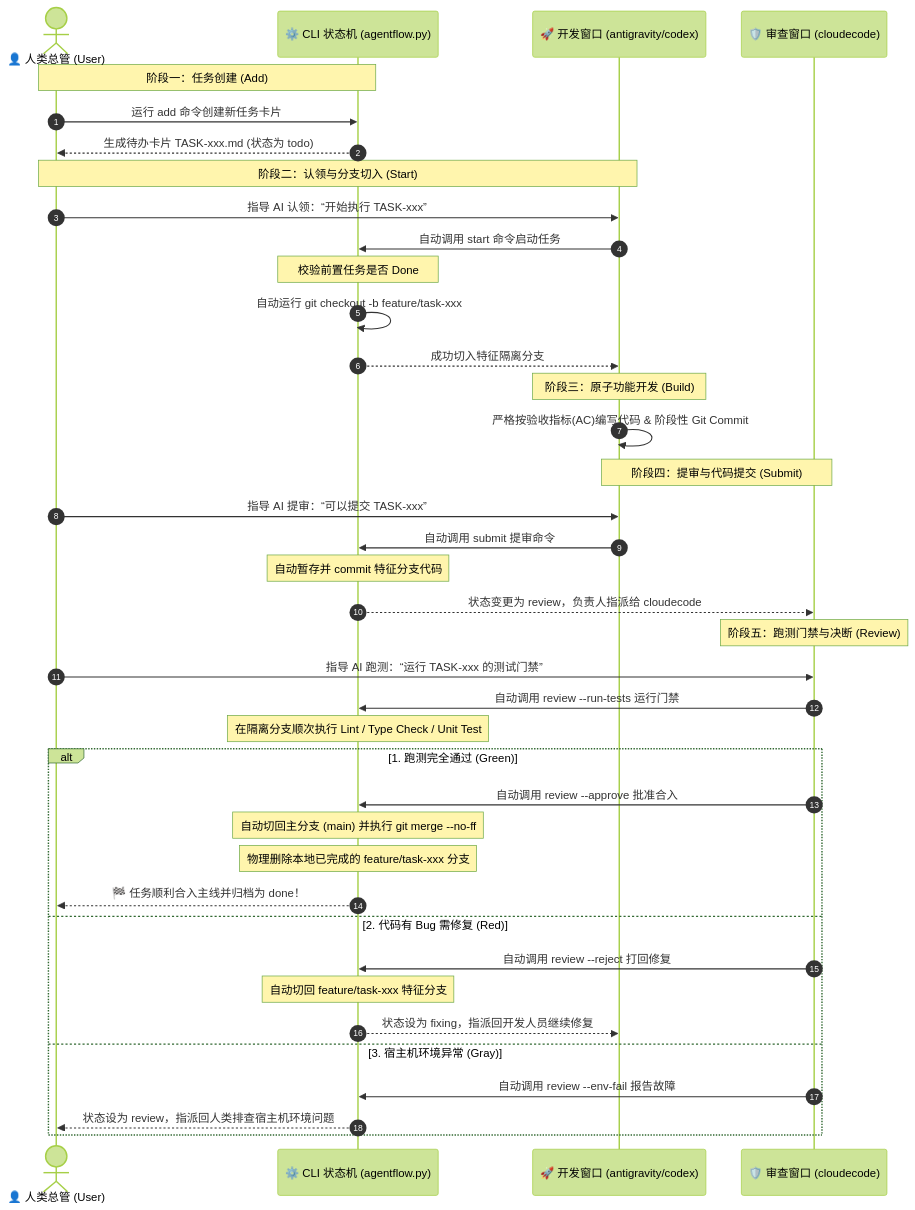
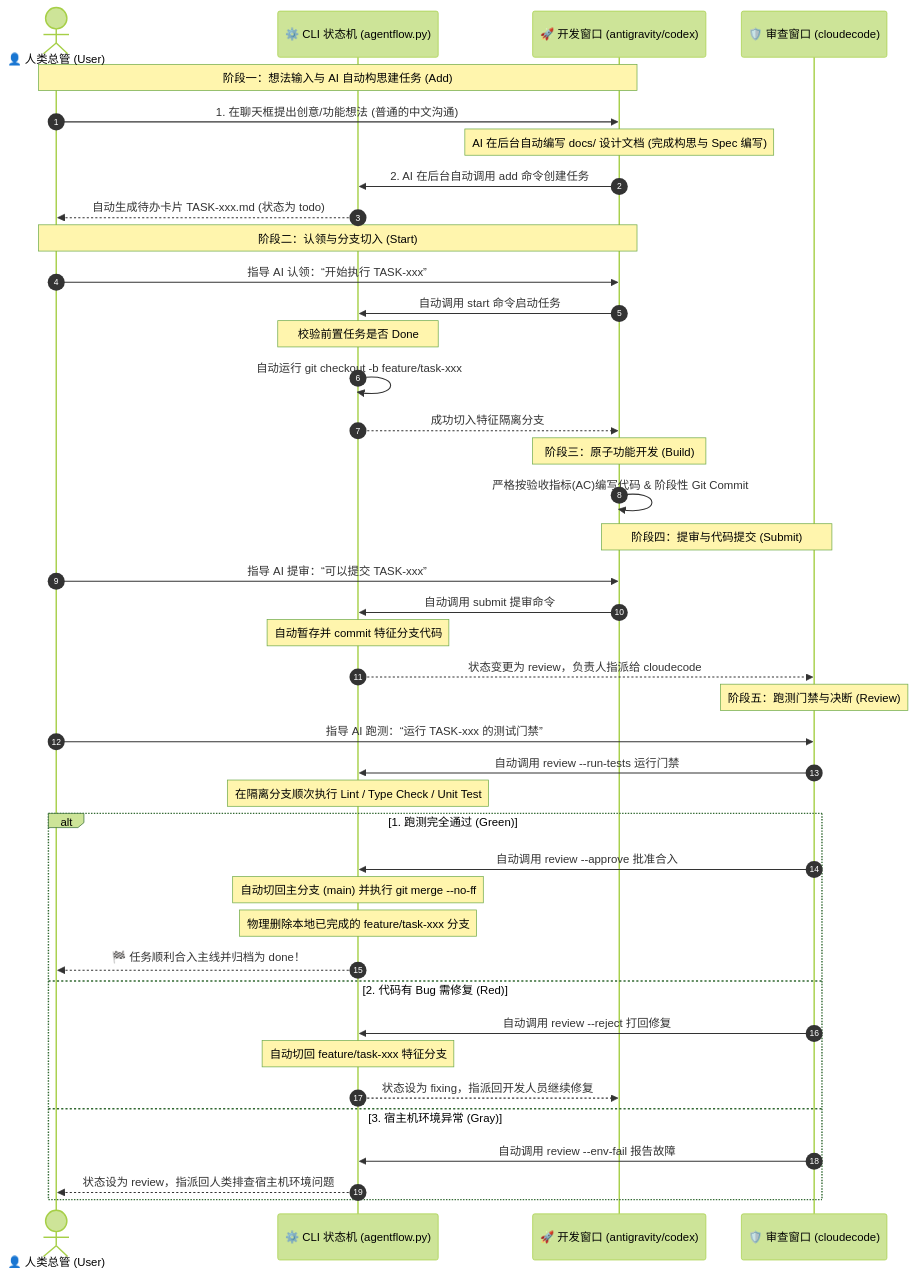
One commit to NanQiaoMi/agentskillproject changed the second of 3 diagrams in README.md. Above: the diagram before and after it, drawn with Mermaid (forest theme). The commit also changed other lines of this file, not shown here.

Commit message:
docs: refine README text to reflect autonomous AI-led spec design and task creation

````diff
--- a/README.md
+++ b/README.md
@@ -83,47 +83,49 @@
 ```mermaid
 sequenceDiagram
     autonumber
     actor User as 👤 人类总管 (User)
     participant CLI as ⚙️ CLI 状态机 (agentflow.py)
     participant Dev as 🚀 开发窗口 (antigravity/codex)
     participant Review as 🛡️ 审查窗口 (cloudecode)
 
-    Note over User, CLI: 阶段一：任务创建 (Add)
-    User->>CLI: 运行 add 命令创建新任务卡片
-    CLI-->>User: 生成待办卡片 TASK-xxx.md (状态为 todo)
+    Note over User, Dev: 阶段一：想法输入与 AI 自动构思建任务 (Add)
+    User->>Dev: 1. 在聊天框提出创意/功能想法 (普通的中文沟通)
+    Note over Dev: AI 在后台自动编写 docs/ 设计文档 (完成构思与 Spec 编写)
+    Dev->>CLI: 2. AI 在后台自动调用 add 命令创建任务
+    CLI-->>User: 自动生成待办卡片 TASK-xxx.md (状态为 todo)
 
     Note over User, Dev: 阶段二：认领与分支切入 (Start)
     User->>Dev: 指导 AI 认领：“开始执行 TASK-xxx”
     Dev->>CLI: 自动调用 start 命令启动任务
     Note over CLI: 校验前置任务是否 Done
     CLI->>CLI: 自动运行 git checkout -b feature/task-xxx
     CLI-->>Dev: 成功切入特征隔离分支
 
     Note over Dev: 阶段三：原子功能开发 (Build)
     Dev->>Dev: 严格按验收指标(AC)编写代码 & 阶段性 Git Commit
 
     Note over Dev, Review: 阶段四：提审与代码提交 (Submit)
     User->>Dev: 指导 AI 提审：“可以提交 TASK-xxx”
     Dev->>CLI: 自动调用 submit 提审命令
     Note over CLI: 自动暂存并 commit 特征分支代码
     CLI-->>Review: 状态变更为 review，负责人指派给 cloudecode
 
     Note over Review: 阶段五：跑测门禁与决断 (Review)
     User->>Review: 指导 AI 跑测：“运行 TASK-xxx 的测试门禁”
     Review->>CLI: 自动调用 review --run-tests 运行门禁
     Note over CLI: 在隔离分支顺次执行 Lint / Type Check / Unit Test
 
     alt 1. 跑测完全通过 (Green)
         Review->>CLI: 自动调用 review --approve 批准合入
         Note over CLI: 自动切回主分支 (main) 并执行 git merge --no-ff
         Note over CLI: 物理删除本地已完成的 feature/task-xxx 分支
         CLI-->>User: 🏁 任务顺利合入主线并归档为 done！
     else 2. 代码有 Bug 需修复 (Red)
         Review->>CLI: 自动调用 review --reject 打回修复
         Note over CLI: 自动切回 feature/task-xxx 特征分支
         CLI-->>Dev: 状态设为 fixing，指派回开发人员继续修复
     else 3. 宿主机环境异常 (Gray)
         Review->>CLI: 自动调用 review --env-fail 报告故障
         CLI-->>User: 状态设为 review，指派回人类排查宿主机环境问题
     end
 ```
````
